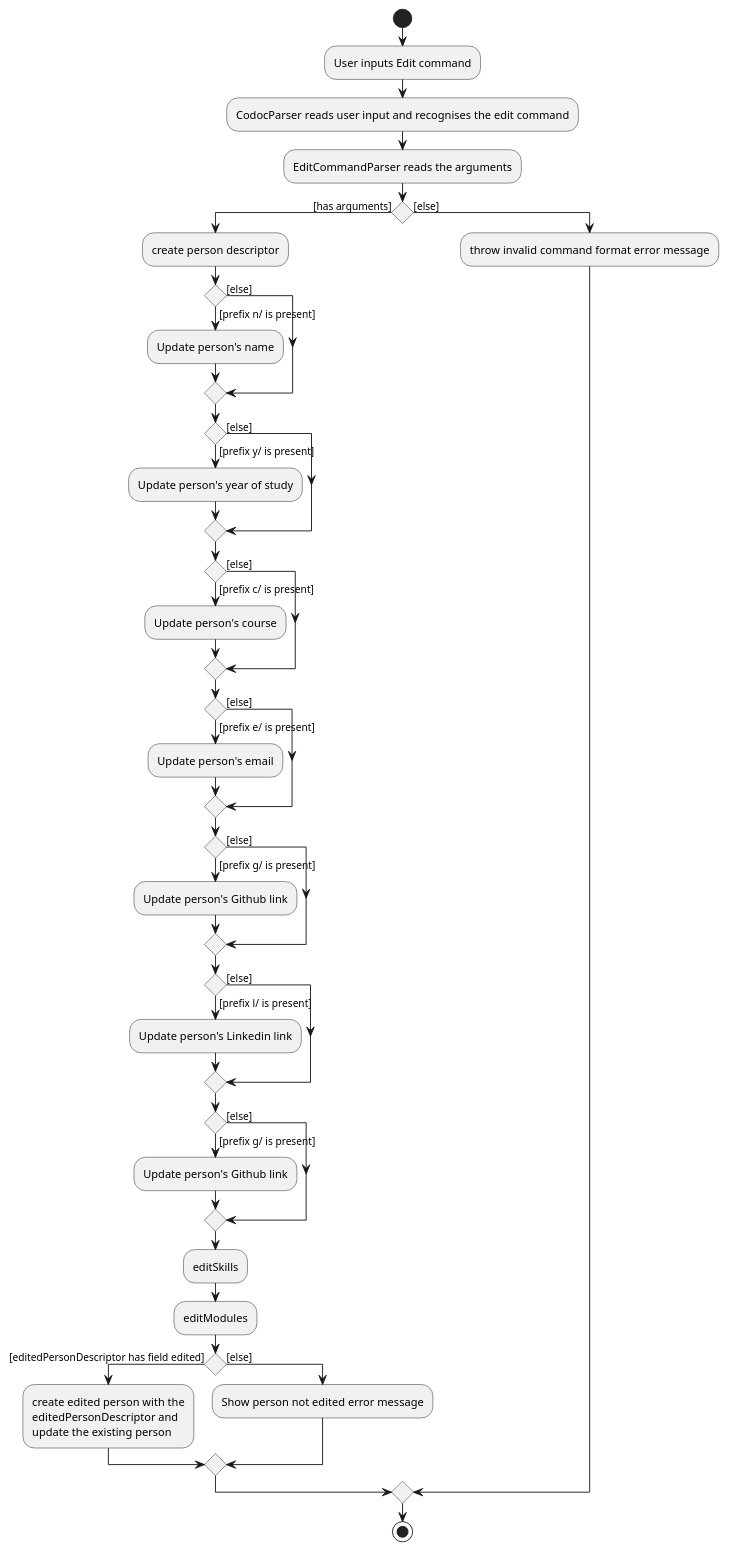
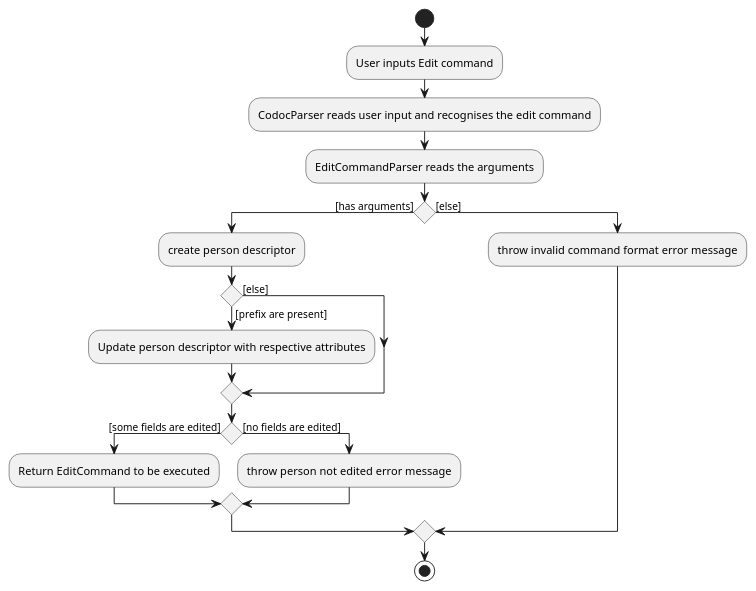
Before and after one commit to nus-cs2103-AY2223S2/tp: the diagram in docs/diagrams/EditActivityDiagram.puml, drawn with PlantUML. The commit also changed 2 other files, not shown here.

Commit message:
Update EditCommand Activity Diagram

```diff
--- a/docs/diagrams/EditActivityDiagram.puml
+++ b/docs/diagrams/EditActivityDiagram.puml
@@ -1,53 +1,25 @@
 @startuml
 start
 :User inputs Edit command;
 :CodocParser reads user input and recognises the edit command;
 :EditCommandParser reads the arguments;
 
 'Since the beta syntax does not support placing the condition outside the
 'diamond we place it as the true branch instead.
 
 if () then ([has arguments])
     :create person descriptor;
-    if () then ([prefix n/ is present])
-        :Update person's name;
+    if () then ([prefix are present])
+        :Update person descriptor with respective attributes;
     else ([else])
     endif
-    if () then ([prefix y/ is present])
-        :Update person's year of study;
-    else ([else])
-        endif
-    if () then ([prefix c/ is present])
-        :Update person's course;
-    else ([else])
-    endif
-    if () then ([prefix e/ is present])
-        :Update person's email;
-    else ([else])
-    endif
-    if () then ([prefix g/ is present])
-            :Update person's Github link;
-    else ([else])
-    endif
-    if () then ([prefix l/ is present])
-            :Update person's Linkedin link;
-    else ([else])
-    endif
-    if () then ([prefix g/ is present])
-            :Update person's Github link;
-    else ([else])
-    endif
-    :editSkills;
-    :editModules;
-    if () then ([editedPersonDescriptor has field edited])
-        :create edited person with the
-        editedPersonDescriptor and
-        update the existing person;
-    else ([else])
-        :Show person not edited error message;
+    if () then ([some fields are edited])
+        :Return EditCommand to be executed;
+    else ([no fields are edited])
+        :throw person not edited error message;
     endif
 else ([else])
     :throw invalid command format error message;
 endif
 stop
 @enduml
```
